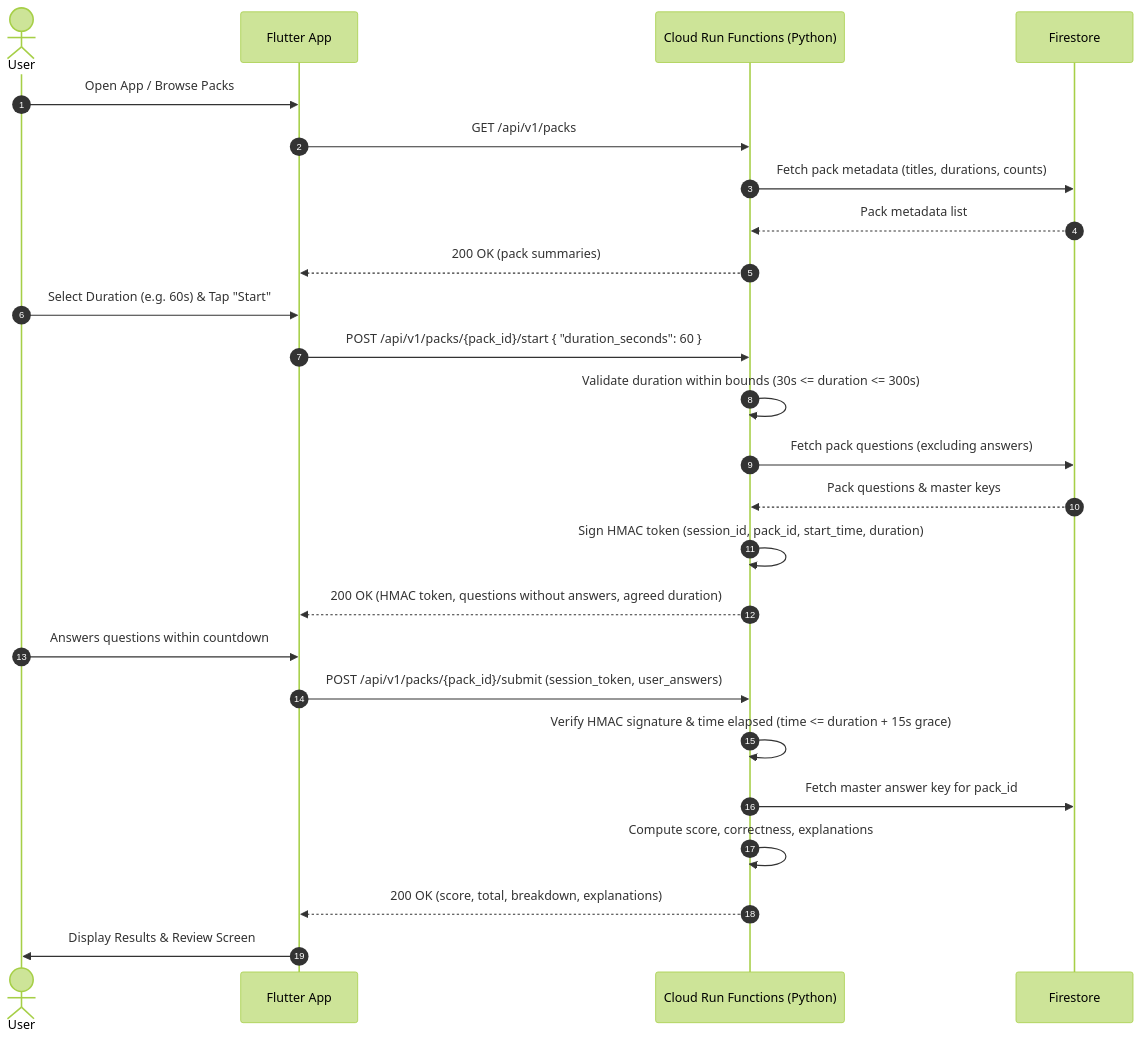
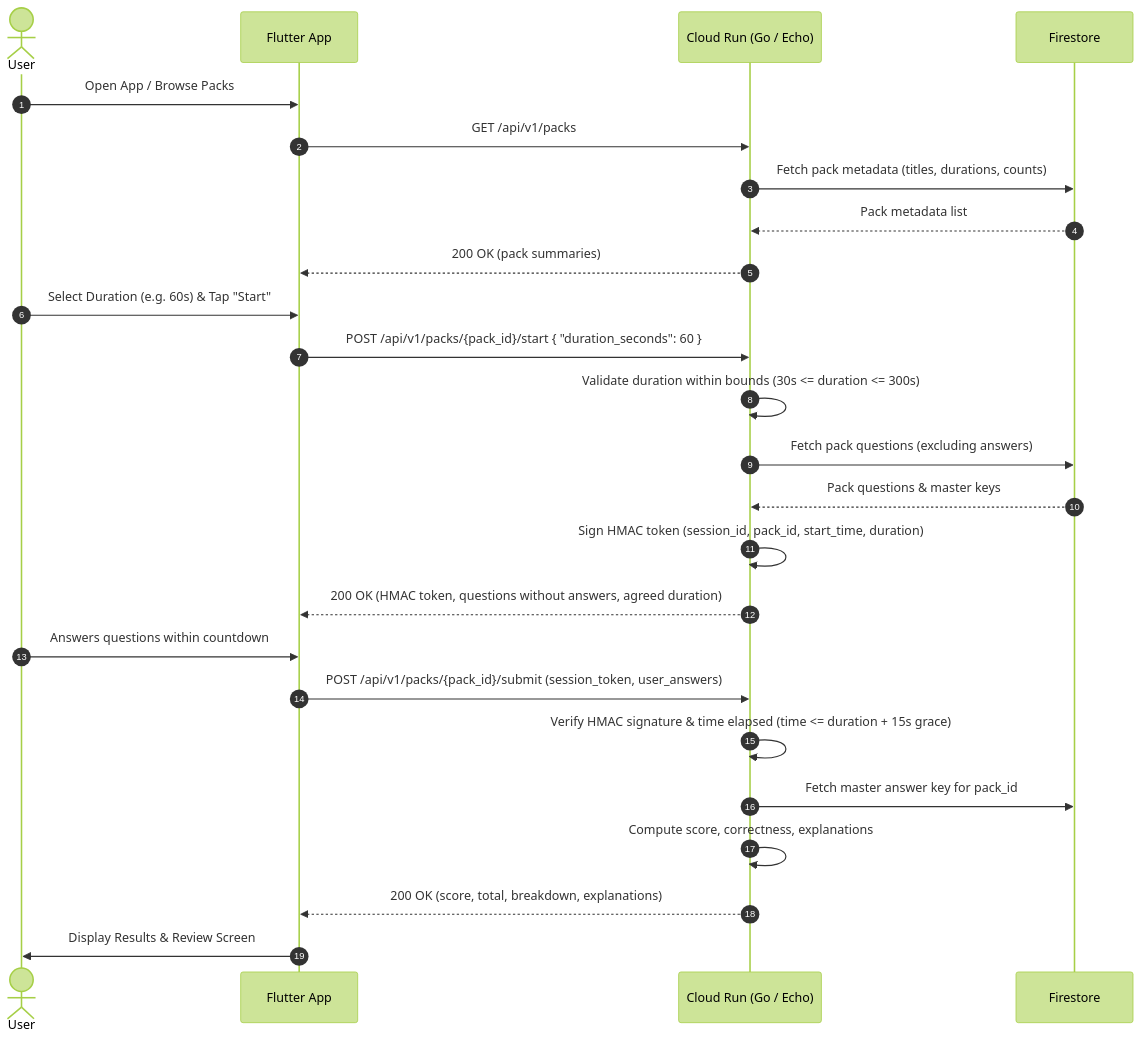
Before and after one commit to poojabasker20/agentic-sdlc: the diagram in designs/gk-quiz-app/gk-quiz-app.md, drawn with Mermaid (forest theme). The commit also changed other lines of this file, not shown here.

````diff
--- a/designs/gk-quiz-app/gk-quiz-app.md
+++ b/designs/gk-quiz-app/gk-quiz-app.md
@@ -82,30 +82,30 @@
 ```mermaid
 sequenceDiagram
     autonumber
     actor User
     participant Flutter as Flutter App
-    participant Functions as Cloud Run Functions (Python)
+    participant Backend as Cloud Run (Go / Echo)
     participant DB as Firestore
 
     User->>Flutter: Open App / Browse Packs
-    Flutter->>Functions: GET /api/v1/packs
-    Functions->>DB: Fetch pack metadata (titles, durations, counts)
-    DB-->>Functions: Pack metadata list
-    Functions-->>Flutter: 200 OK (pack summaries)
+    Flutter->>Backend: GET /api/v1/packs
+    Backend->>DB: Fetch pack metadata (titles, durations, counts)
+    DB-->>Backend: Pack metadata list
+    Backend-->>Flutter: 200 OK (pack summaries)
 
     User->>Flutter: Select Duration (e.g. 60s) & Tap "Start"
-    Flutter->>Functions: POST /api/v1/packs/{pack_id}/start { "duration_seconds": 60 }
-    Functions->>Functions: Validate duration within bounds (30s <= duration <= 300s)
-    Functions->>DB: Fetch pack questions (excluding answers)
-    DB-->>Functions: Pack questions & master keys
-    Functions->>Functions: Sign HMAC token (session_id, pack_id, start_time, duration)
-    Functions-->>Flutter: 200 OK (HMAC token, questions without answers, agreed duration)
+    Flutter->>Backend: POST /api/v1/packs/{pack_id}/start { "duration_seconds": 60 }
+    Backend->>Backend: Validate duration within bounds (30s <= duration <= 300s)
+    Backend->>DB: Fetch pack questions (excluding answers)
+    DB-->>Backend: Pack questions & master keys
+    Backend->>Backend: Sign HMAC token (session_id, pack_id, start_time, duration)
+    Backend-->>Flutter: 200 OK (HMAC token, questions without answers, agreed duration)
 
     User->>Flutter: Answers questions within countdown
-    Flutter->>Functions: POST /api/v1/packs/{pack_id}/submit (session_token, user_answers)
-    Functions->>Functions: Verify HMAC signature & time elapsed (time <= duration + 15s grace)
-    Functions->>DB: Fetch master answer key for pack_id
-    Functions->>Functions: Compute score, correctness, explanations
-    Functions-->>Flutter: 200 OK (score, total, breakdown, explanations)
+    Flutter->>Backend: POST /api/v1/packs/{pack_id}/submit (session_token, user_answers)
+    Backend->>Backend: Verify HMAC signature & time elapsed (time <= duration + 15s grace)
+    Backend->>DB: Fetch master answer key for pack_id
+    Backend->>Backend: Compute score, correctness, explanations
+    Backend-->>Flutter: 200 OK (score, total, breakdown, explanations)
     Flutter->>User: Display Results & Review Screen
 ```
````
